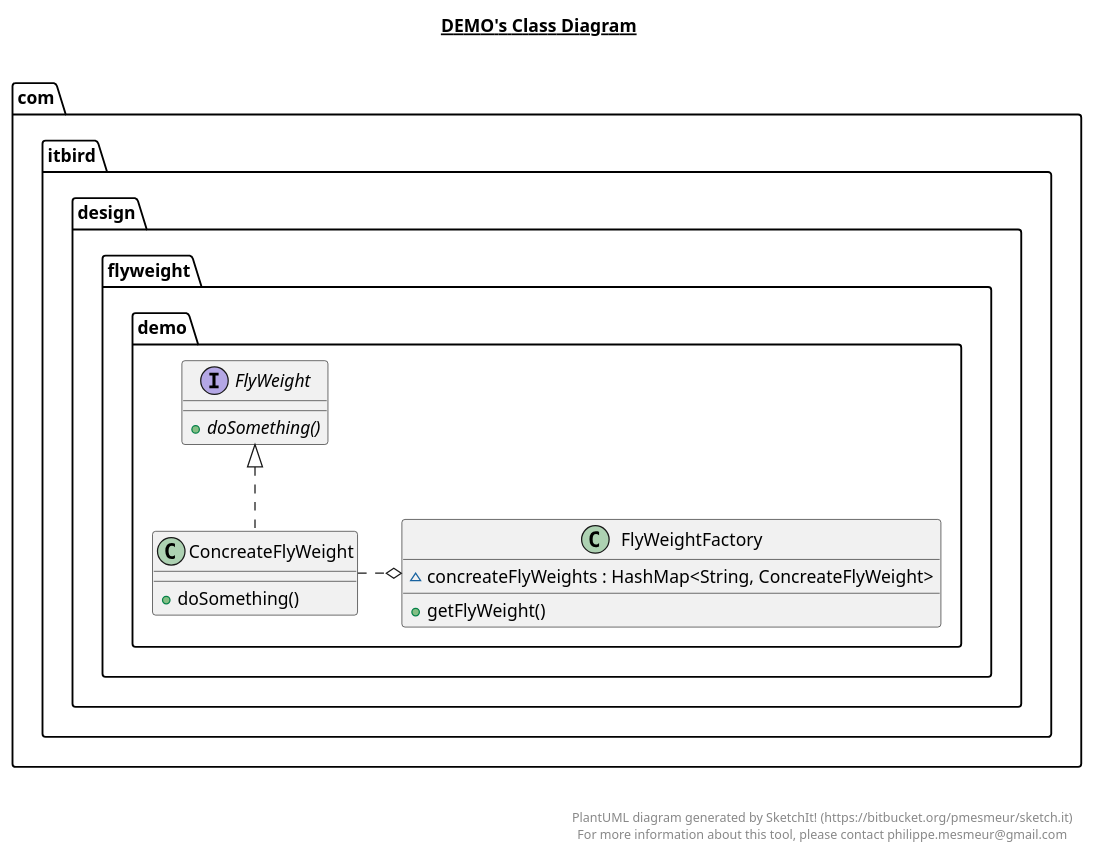
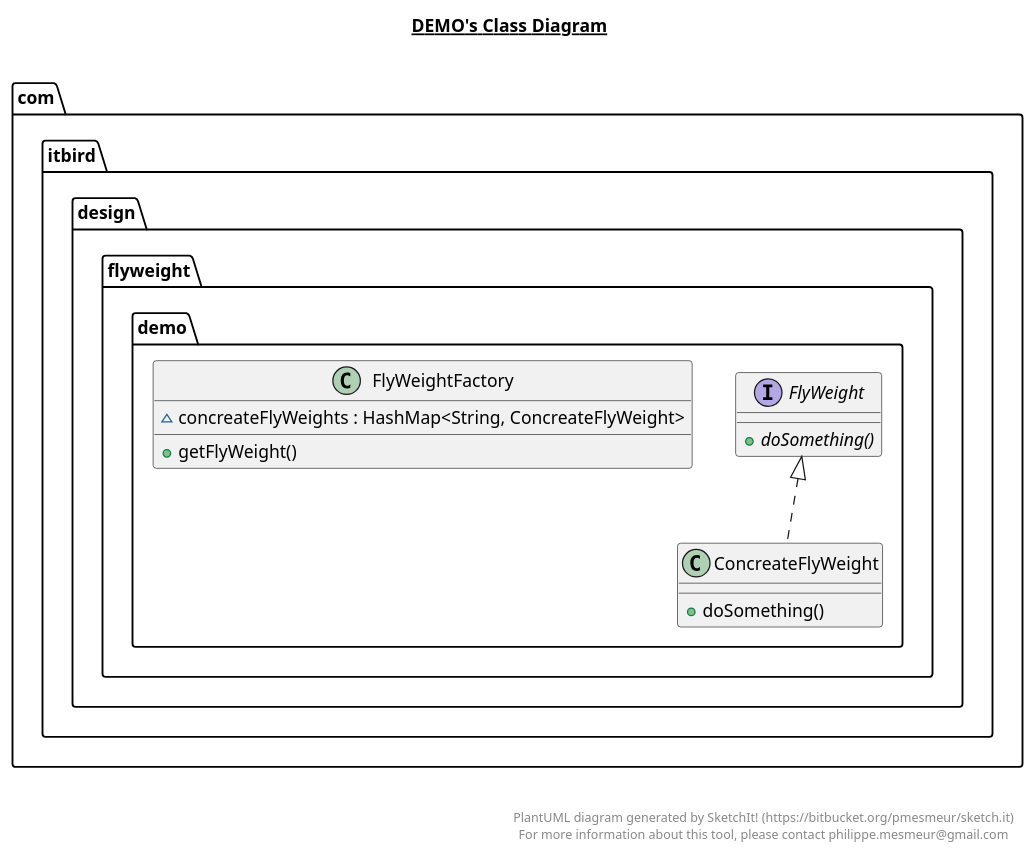
The diagram in app/src/main/java/com/itbird/design/flyweight/demo/demo.plantuml (xfkang/DesignPatternPractice), drawn with PlantUML before and after one commit. The commit also changed 38 other files, not shown here.

```diff
--- a/app/src/main/java/com/itbird/design/flyweight/demo/demo.plantuml
+++ b/app/src/main/java/com/itbird/design/flyweight/demo/demo.plantuml
@@ -1,44 +1,49 @@
 @startuml
 
 title __DEMO's Class Diagram__\n
 
   namespace com.itbird.design {
-    namespace flyweight.demo {
-      class com.itbird.design.flyweight.demo.ConcreateFlyWeight {
-          + doSomething()
+    namespace flyweight {
+      namespace demo {
+        class com.itbird.design.flyweight.demo.ConcreateFlyWeight {
+            + doSomething()
+        }
       }
     }
   }
   
 
   namespace com.itbird.design {
-    namespace flyweight.demo {
-      interface com.itbird.design.flyweight.demo.FlyWeight {
-          {abstract} + doSomething()
+    namespace flyweight {
+      namespace demo {
+        interface com.itbird.design.flyweight.demo.FlyWeight {
+            {abstract} + doSomething()
+        }
       }
     }
   }
   
 
   namespace com.itbird.design {
-    namespace flyweight.demo {
-      class com.itbird.design.flyweight.demo.FlyWeightFactory {
-          ~ concreateFlyWeights : HashMap<String, ConcreateFlyWeight>
-          + getFlyWeight()
+    namespace flyweight {
+      namespace demo {
+        class com.itbird.design.flyweight.demo.FlyWeightFactory {
+            ~ concreateFlyWeights : HashMap<String, ConcreateFlyWeight>
+            + getFlyWeight()
+        }
       }
     }
   }
   
 
   com.itbird.design.flyweight.demo.ConcreateFlyWeight .up.|> com.itbird.design.flyweight.demo.FlyWeight
-  com.itbird.design.flyweight.demo.ConcreateFlyWeight .o com.itbird.design.flyweight.demo.FlyWeightFactory
 
 
 right footer
 
 
 PlantUML diagram generated by SketchIt! (https://bitbucket.org/pmesmeur/sketch.it)
 For more information about this tool, please contact philippe.mesmeur@gmail.com
 endfooter
 
 @enduml
```
